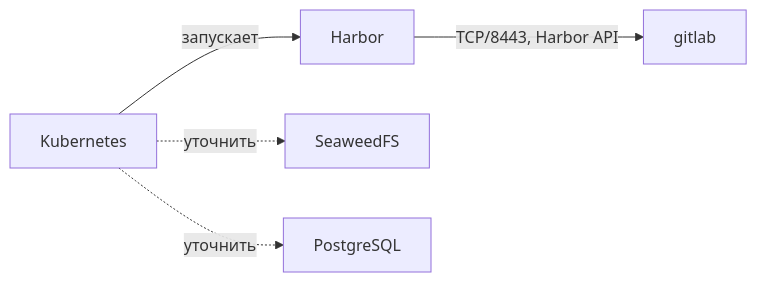
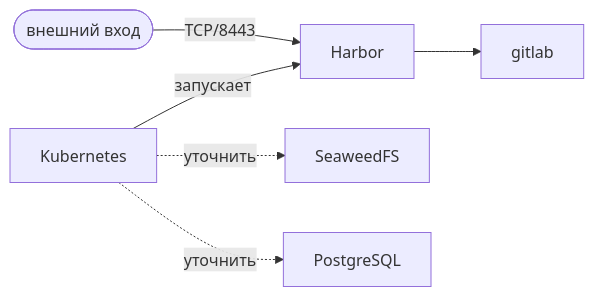
The diagram in content/6.devops-arhitektura/index.md (Dosipo/workspace-docs), drawn with Mermaid before and after one commit. The commit also changed other lines of this file and 2 other files, not shown here.

Commit message:
AREA-208: правки по ревью (диаграмма, Kubernetes, sources)

````diff
--- a/content/6.devops-arhitektura/index.md
+++ b/content/6.devops-arhitektura/index.md
@@ -36,7 +39,8 @@
 ```mermaid
 flowchart LR
   K8s[Kubernetes] -->|запускает| Harbor
-  Harbor -->|TCP/8443, Harbor API| GitLab[gitlab]
+  Harbor --> GitLab[gitlab]
+  ext([внешний вход]) -->|TCP/8443| Harbor
   K8s -.->|уточнить| SeaweedFS
   K8s -.->|уточнить| PostgreSQL
 ```
````
